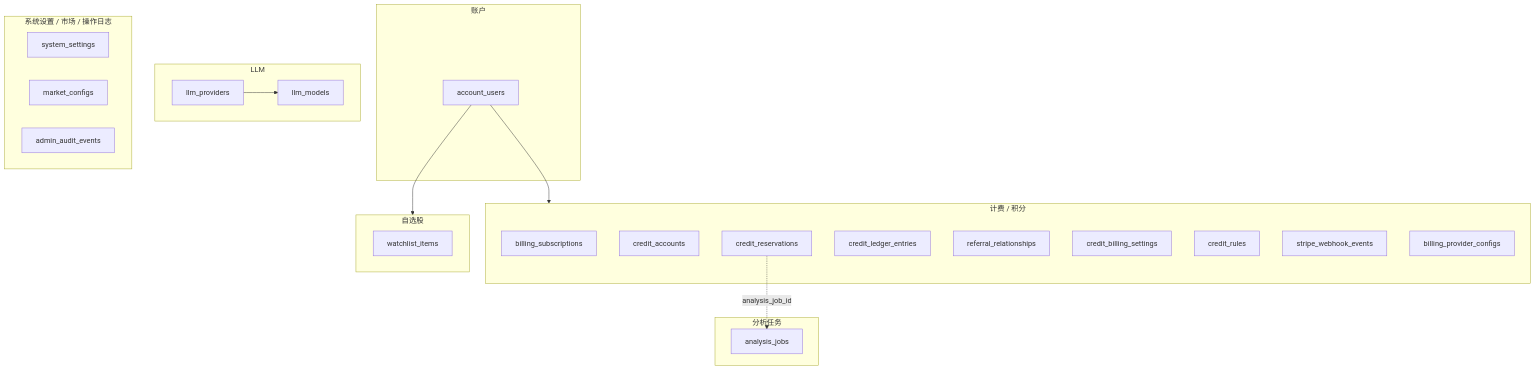
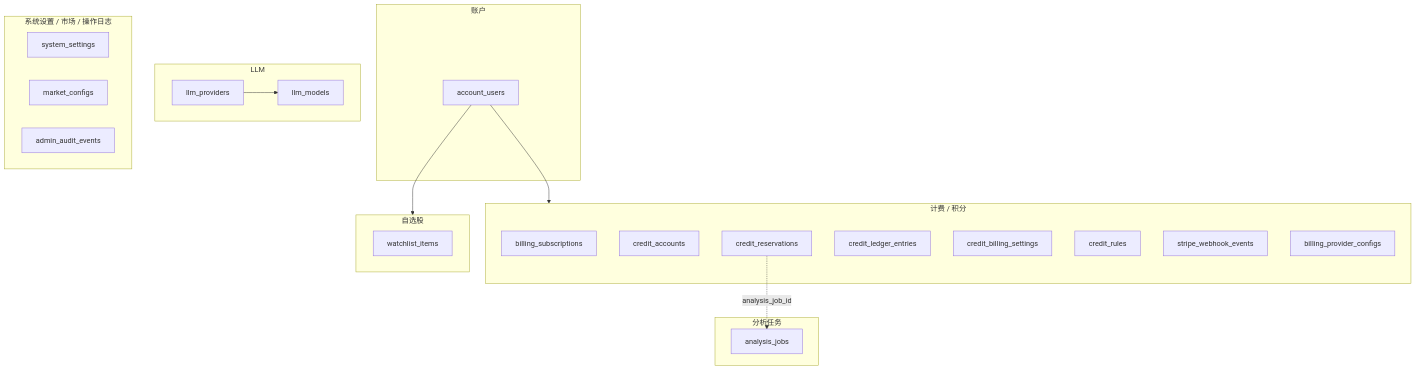
Before and after one commit to hypier/tradingagents-report: the eighth of 8 diagrams in tg-web/docs/DATABASE_DICTIONARY.md, drawn with Mermaid. The commit also changed other lines of this file and 8 other files, not shown here.

First line of the commit message:
refactor(tg-web): consolidate referral management into account users schema

````diff
--- a/tg-web/docs/DATABASE_DICTIONARY.md
+++ b/tg-web/docs/DATABASE_DICTIONARY.md
@@ -319,42 +313,41 @@
 ```mermaid
 flowchart TB
     subgraph Account["账户"]
         PU[account_users]
     end
 
     subgraph Billing["计费 / 积分"]
         BS[billing_subscriptions]
         CA[credit_accounts]
         CR[credit_reservations]
         CL[credit_ledger_entries]
-        RR[referral_relationships]
         CBS[credit_billing_settings]
         CRules[credit_rules]
         SWE[stripe_webhook_events]
         BPC[billing_provider_configs]
     end
 
     subgraph Analysis["分析任务"]
         AJ[analysis_jobs]
     end
 
     subgraph LLM["LLM"]
         LP[llm_providers]
         LM[llm_models]
     end
 
     subgraph Watchlist["自选股"]
         WI[watchlist_items]
     end
 
     subgraph Config["系统设置 / 市场 / 操作日志"]
         PS[system_settings]
         MM[market_configs]
         AAE[admin_audit_events]
     end
 
     PU --> Billing
     PU --> Watchlist
     CR -.->|analysis_job_id| AJ
     LP --> LM
 ```
````
